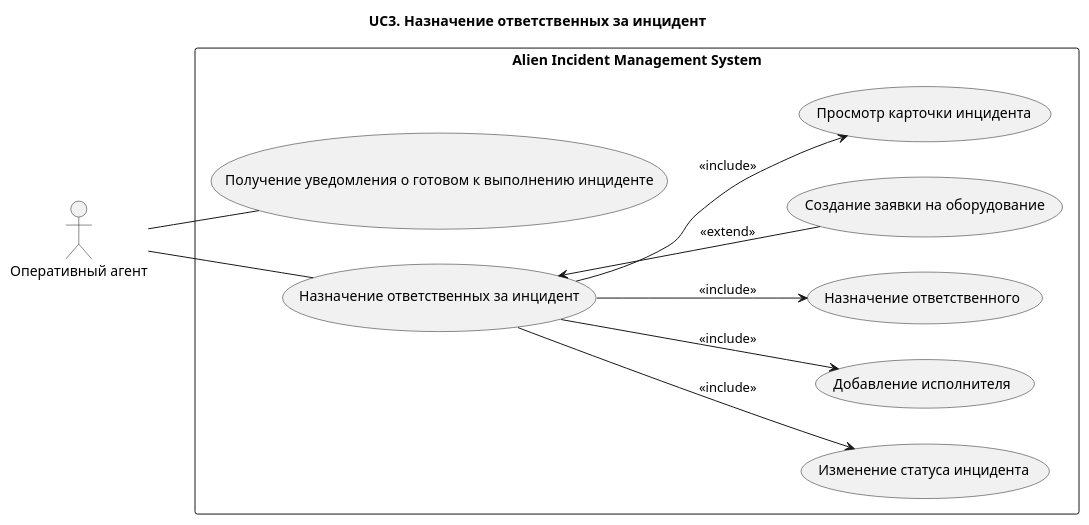
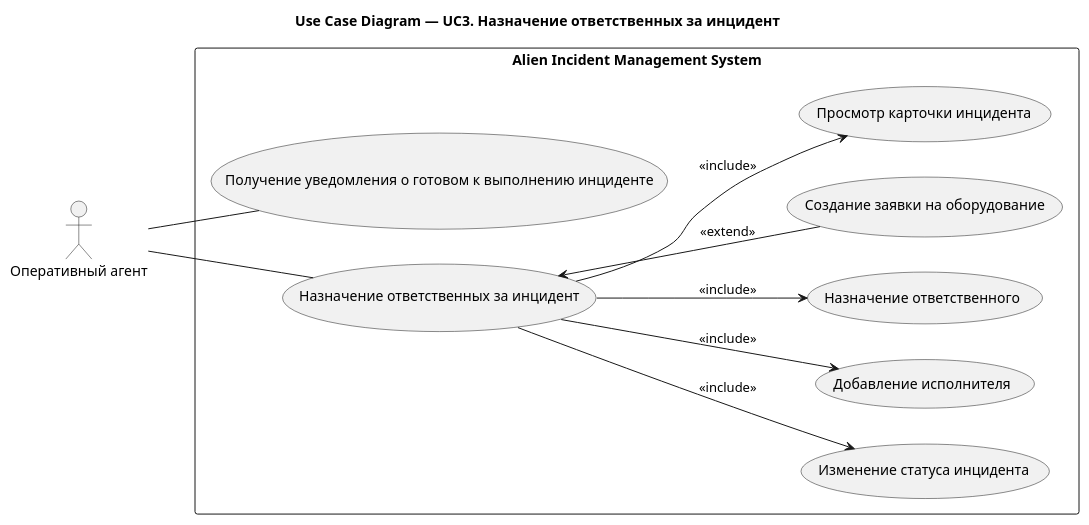
One commit to Andryss/AIMS changed the first of 4 diagrams in docs/use-case/UC3.md. Above: the diagram before and after it, drawn with PlantUML. The commit also changed 31 other files, not shown here.

````diff
--- a/docs/use-case/UC3.md
+++ b/docs/use-case/UC3.md
@@ -5,33 +5,33 @@
 ```plantuml
 @startuml
-title UC3. Назначение ответственных за инцидент
+title Use Case Diagram — UC3. Назначение ответственных за инцидент
 left to right direction
 
 actor "Оперативный агент" as Agent
 
 rectangle "Alien Incident Management System" {
 
 (Получение уведомления о готовом к выполнению инциденте) as UC01
 
 (Назначение ответственных за инцидент) as UC11
 
 (Изменение статуса инцидента) as UC116
 (Добавление исполнителя) as UC115
 (Назначение ответственного) as UC114
 (Создание заявки на оборудование) as UC113
 (Просмотр карточки инцидента) as UC111
 
 }
 
 Agent -- UC01
 
 Agent -- UC11
 
 UC11 --> UC111 : <<include>>
 UC11 <-- UC113 : <<extend>>
 UC11 --> UC114 : <<include>>
 UC11 --> UC115 : <<include>>
 UC11 --> UC116 : <<include>>
 
 @enduml
 ```
````
